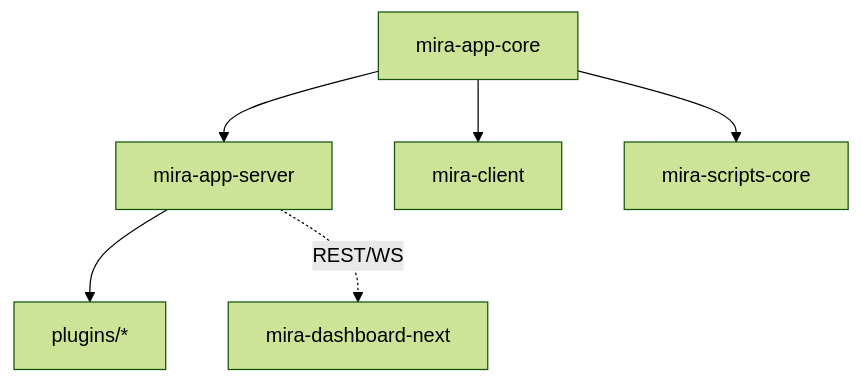
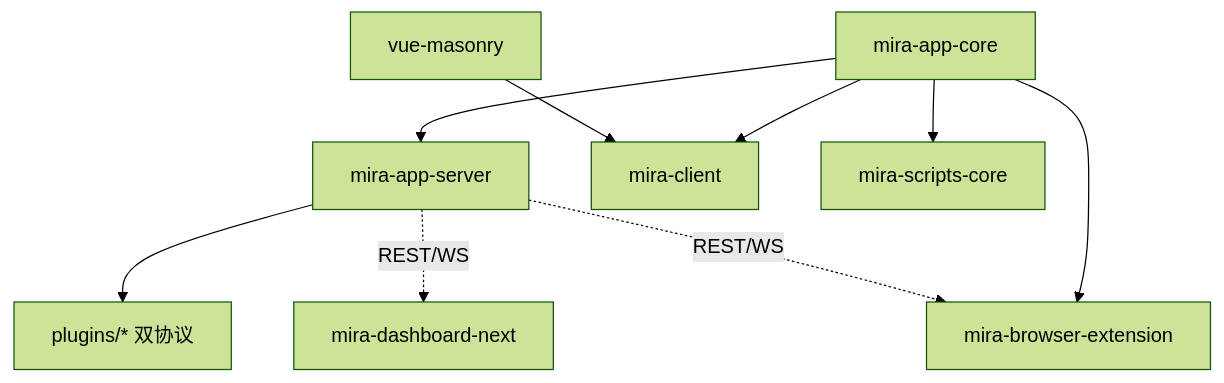
Before and after one commit to hunmer/mira: the diagram in CLAUDE.md, drawn with Mermaid (forest theme). The commit also changed other lines of this file and 30 other files, not shown here.

````diff
--- a/CLAUDE.md
+++ b/CLAUDE.md
@@ -46,8 +50,11 @@
 ```mermaid
 graph TD
   core[mira-app-core] --> server[mira-app-server]
   core --> client[mira-client]
   core --> scripts[mira-scripts-core]
-  server --> plugins[plugins/*]
+  core --> ext[mira-browser-extension]
+  vmason[vue-masonry] --> client
+  server --> plugins[plugins/* 双协议]
   server -.REST/WS.-> dash[mira-dashboard-next]
+  server -.REST/WS.-> ext
 ```
````
